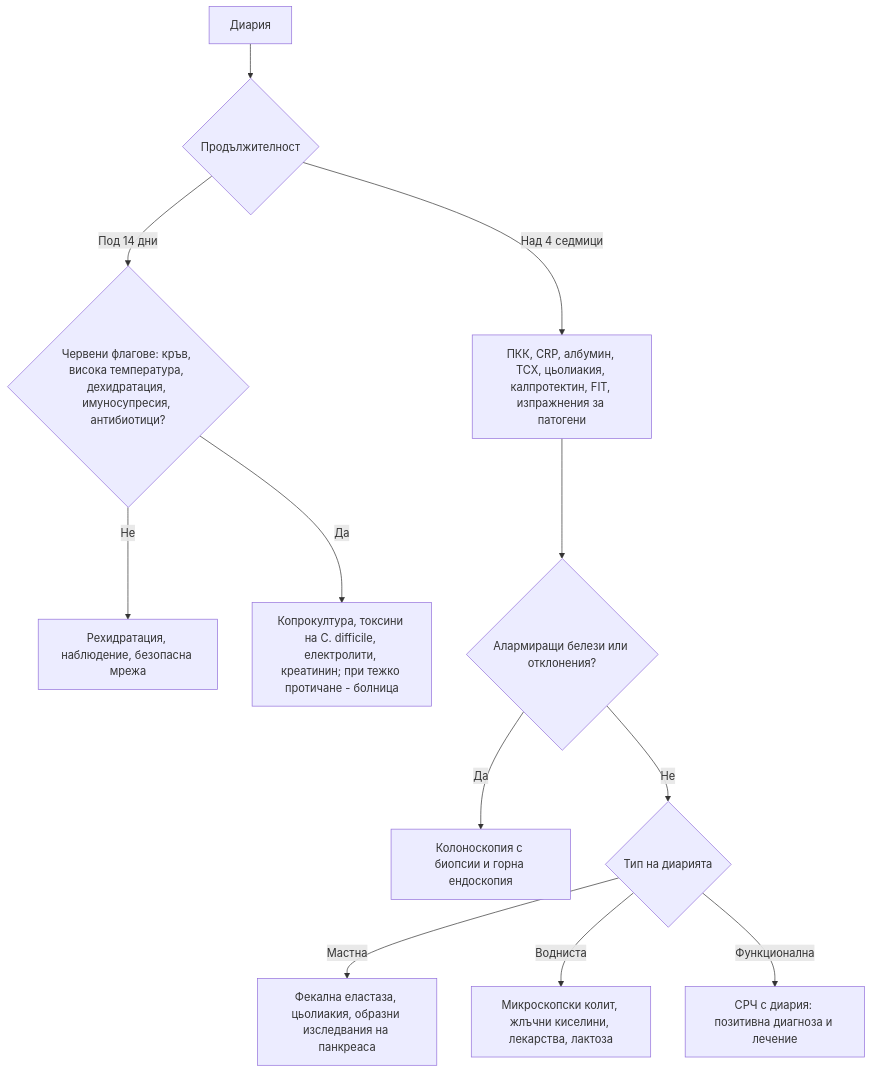
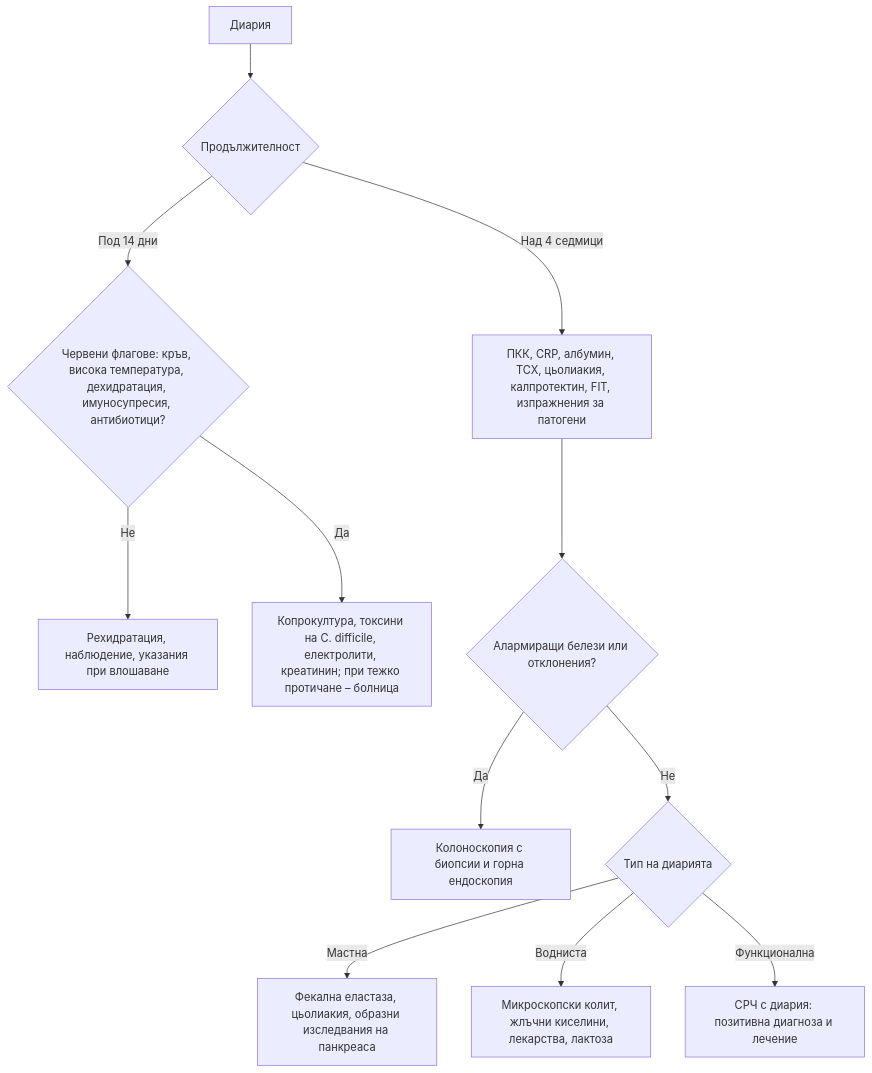
The diagram in glavi/23-diaria.md (yancho26/yancho), drawn with Mermaid before and after one commit. The commit also changed other lines of this file and 90 other files, not shown here.

````diff
--- a/glavi/23-diaria.md
+++ b/glavi/23-diaria.md
@@ -160,16 +160,16 @@
 ```mermaid
 flowchart TD
     accTitle: Диагностичен алгоритъм: диария
     accDescr: Блок-схема. Начало: Диария. Въпроси: Продължителност? · Червени флагове: кръв, висока температура, дехидратация, имуносупресия, антибиотици? · Алармиращи белези или отклонения? · Тип на диарията? Пълното текстово описание е под схемата.
     A["Диария"] --> B{"Продължителност"}
     B -->|Под 14 дни| C{"Червени флагове: кръв, висока температура, дехидратация, имуносупресия, антибиотици?"}
-    C -->|Не| D["Рехидратация, наблюдение, безопасна мрежа"]
-    C -->|Да| E["Копрокултура, токсини на C. difficile, електролити, креатинин; при тежко протичане - болница"]
+    C -->|Не| D["Рехидратация, наблюдение, указания при влошаване"]
+    C -->|Да| E["Копрокултура, токсини на C. difficile, електролити, креатинин; при тежко протичане – болница"]
     B -->|Над 4 седмици| F["ПКК, CRP, албумин, ТСХ, цьолиакия, калпротектин, FIT, изпражнения за патогени"]
     F --> G{"Алармиращи белези или отклонения?"}
     G -->|Да| H["Колоноскопия с биопсии и горна ендоскопия"]
     G -->|Не| I{"Тип на диарията"}
     I -->|Мастна| J["Фекална еластаза, цьолиакия, образни изследвания на панкреаса"]
     I -->|Водниста| K["Микроскопски колит, жлъчни киселини, лекарства, лактоза"]
     I -->|Функционална| L["СРЧ с диария: позитивна диагноза и лечение"]
 ```
````
